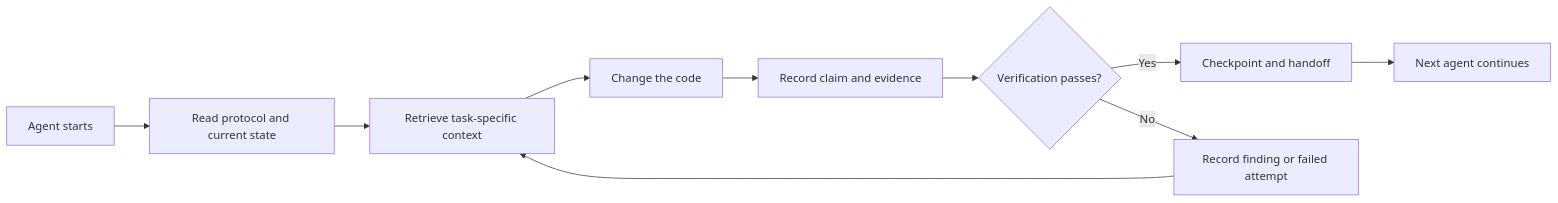
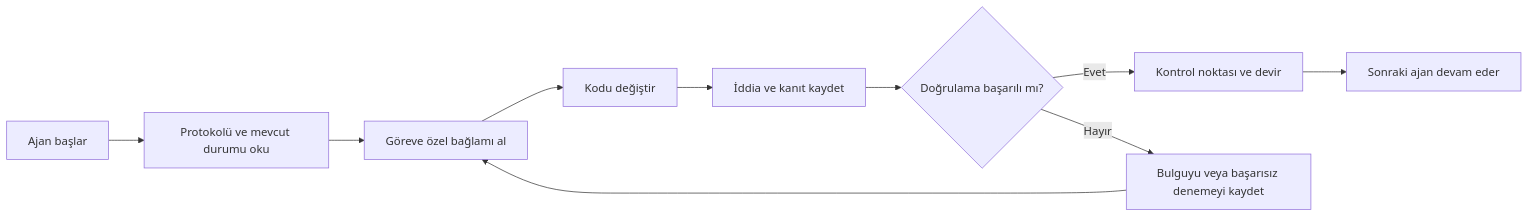
One commit to seekua/ArifCE changed the diagram in README.tr.md. Above: the diagram before and after it, drawn with Mermaid.

Commit message:
docs: translate Turkish README flowchart

````diff
--- a/README.tr.md
+++ b/README.tr.md
@@ -29,12 +29,12 @@
 ```mermaid
 flowchart LR
-    A[Agent starts] --> B[Read protocol and current state]
-    B --> C[Retrieve task-specific context]
-    C --> D[Change the code]
-    D --> E[Record claim and evidence]
-    E --> F{Verification passes?}
-    F -- Yes --> G[Checkpoint and handoff]
-    F -- No --> H[Record finding or failed attempt]
+    A[Ajan başlar] --> B[Protokolü ve mevcut durumu oku]
+    B --> C[Göreve özel bağlamı al]
+    C --> D[Kodu değiştir]
+    D --> E[İddia ve kanıt kaydet]
+    E --> F{Doğrulama başarılı mı?}
+    F -- Evet --> G[Kontrol noktası ve devir]
+    F -- Hayır --> H[Bulguyu veya başarısız denemeyi kaydet]
     H --> C
-    G --> I[Next agent continues]
+    G --> I[Sonraki ajan devam eder]
 ```
````
